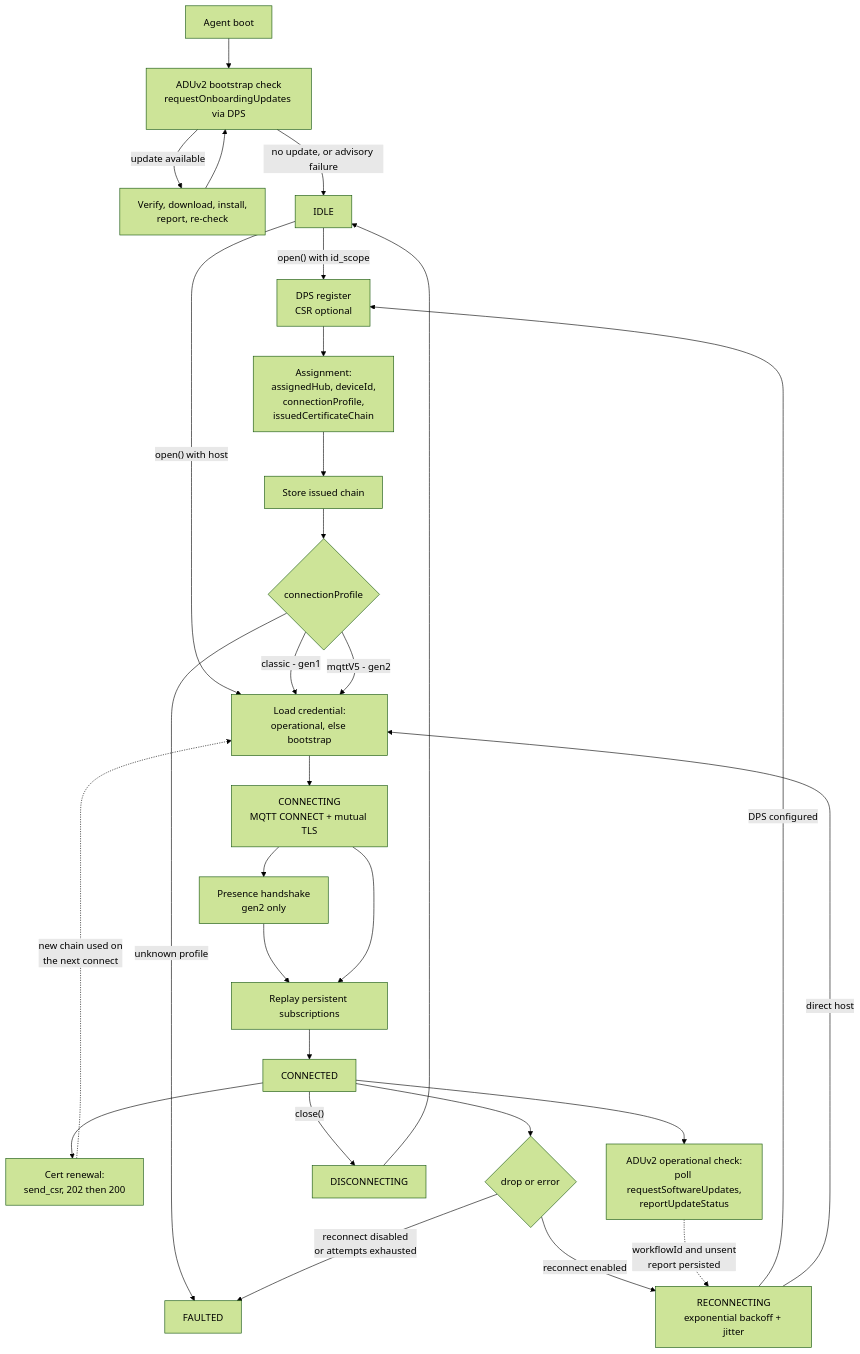
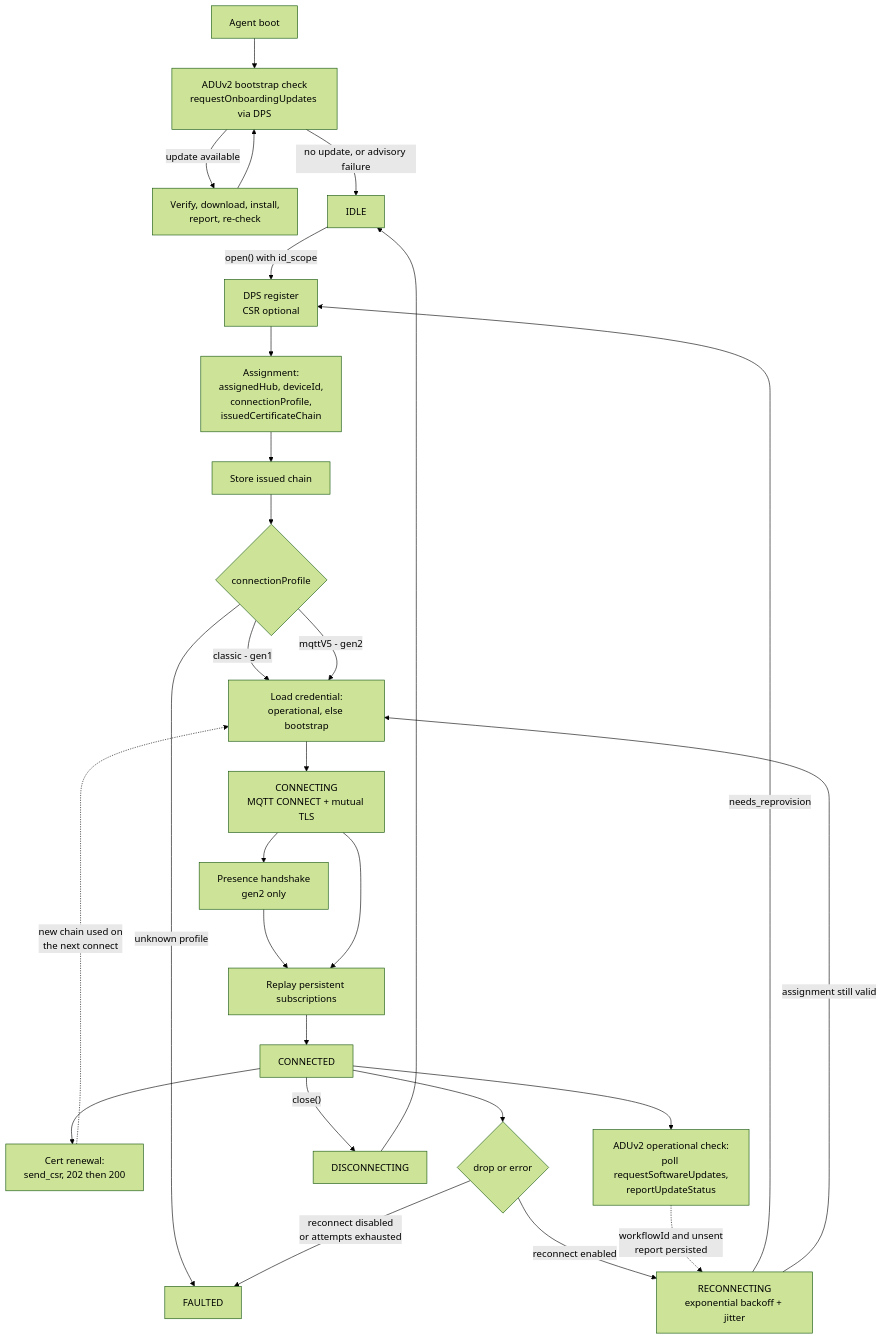
The ninth of 9 diagrams in c/docs/eng/connection-c.md (Azure/azure-iot-sdk), drawn with Mermaid (forest theme) before and after one commit. The commit also changed other lines of this file and 4 other files, not shown here.

````diff
--- a/c/docs/eng/connection-c.md
+++ b/c/docs/eng/connection-c.md
@@ -678,36 +681,35 @@
 ```mermaid
 flowchart TB
     BOOT["Agent boot"] --> BCHK["ADUv2 bootstrap check<br/>requestOnboardingUpdates via DPS"]
     BCHK -->|"update available"| BINST["Verify, download, install,<br/>report, re-check"]
     BINST --> BCHK
     BCHK -->|"no update, or advisory failure"| IDLE["IDLE"]
 
     IDLE -->|"open() with id_scope"| REG["DPS register<br/>CSR optional"]
-    IDLE -->|"open() with host"| CRED
 
     REG --> ASSIGN["Assignment:<br/>assignedHub, deviceId,<br/>connectionProfile,<br/>issuedCertificateChain"]
     ASSIGN --> STORE1["Store issued chain"]
     STORE1 --> PROFILE{"connectionProfile"}
 
     PROFILE -->|"unknown profile"| FAULTED
     PROFILE -->|"classic - gen1"| CRED
     PROFILE -->|"mqttV5 - gen2"| CRED["Load credential:<br/>operational, else bootstrap"]
 
     CRED --> CONNECTING["CONNECTING<br/>MQTT CONNECT + mutual TLS"]
     CONNECTING --> BIRTH["Presence handshake<br/>gen2 only"]
     BIRTH --> SUBS["Replay persistent subscriptions"]
     CONNECTING --> SUBS
     SUBS --> CONNECTED["CONNECTED"]
 
     CONNECTED --> CRENEW["Cert renewal:<br/>send_csr, 202 then 200"]
     CRENEW -.->|"new chain used on<br/>the next connect"| CRED
     CONNECTED --> ARENEW["ADUv2 operational check:<br/>poll requestSoftwareUpdates,<br/>reportUpdateStatus"]
 
     CONNECTED -->|"close()"| DISC["DISCONNECTING"] --> IDLE
     CONNECTED --> DROP{"drop or error"}
     DROP -->|"reconnect disabled<br/>or attempts exhausted"| FAULTED["FAULTED"]
     DROP -->|"reconnect enabled"| RECON["RECONNECTING<br/>exponential backoff + jitter"]
-    RECON -->|"DPS configured"| REG
-    RECON -->|"direct host"| CRED
+    RECON -->|"needs_reprovision"| REG
+    RECON -->|"assignment still valid"| CRED
     ARENEW -.->|"workflowId and unsent<br/>report persisted"| RECON
 ```
````
